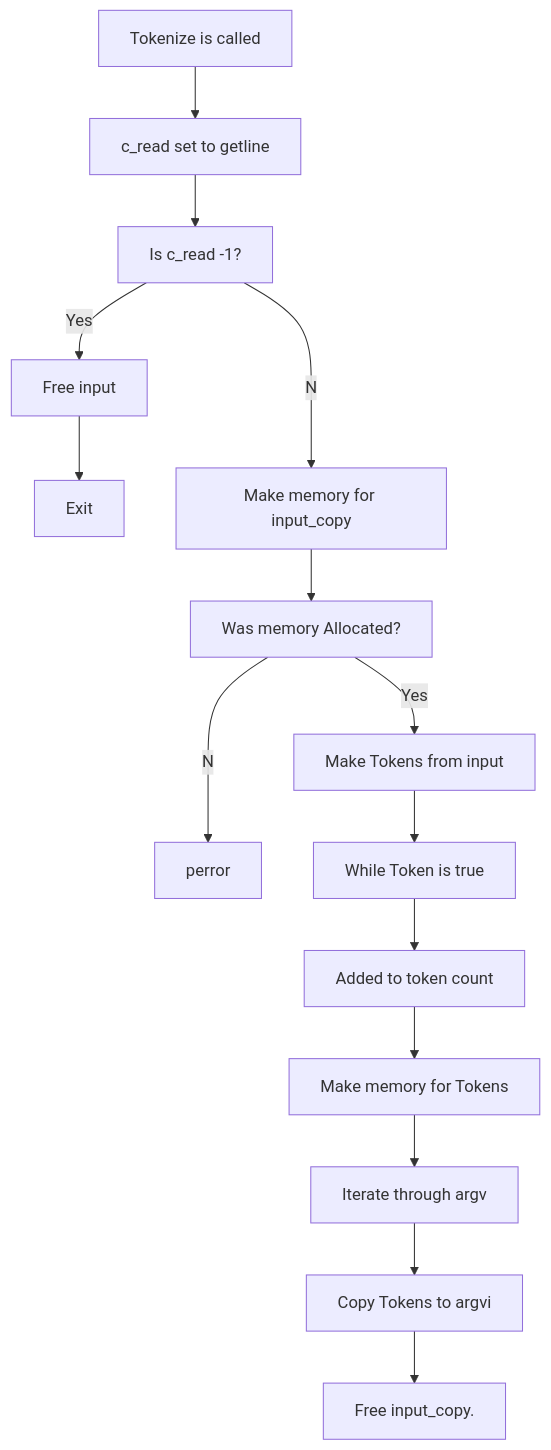
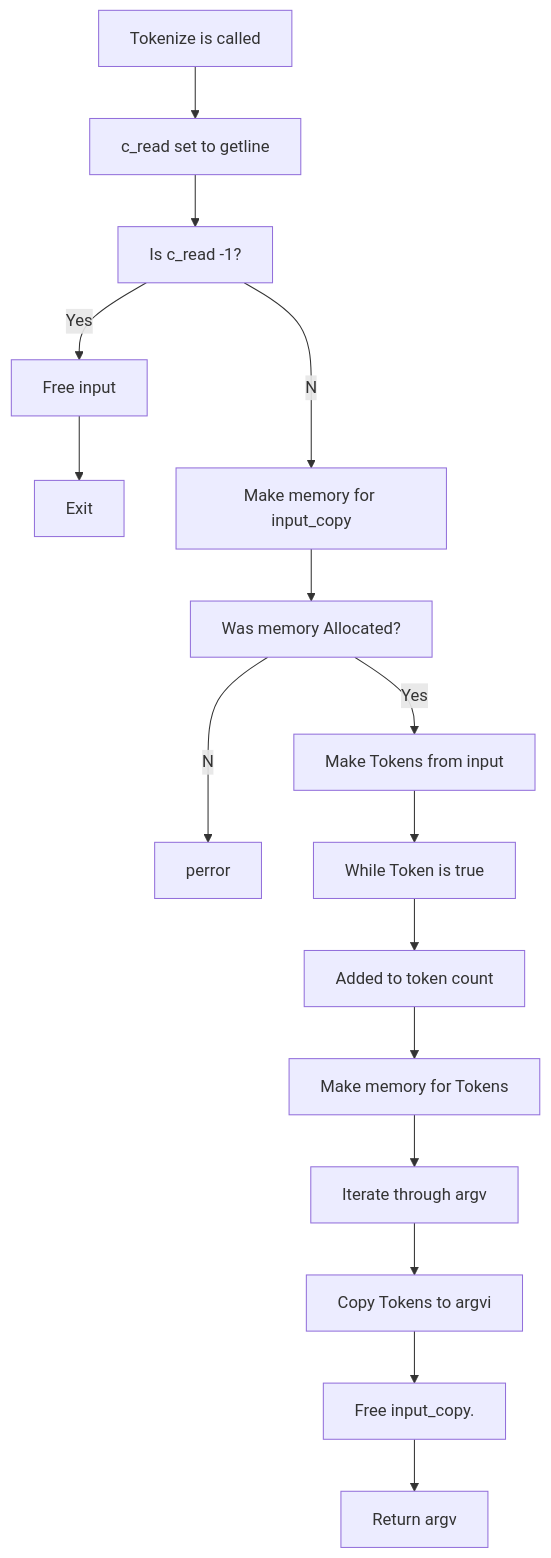
One commit to LeeWest89/MySuperRepo changed the diagram in README.md. Above: the diagram before and after it, drawn with Mermaid.

````diff
--- a/README.md
+++ b/README.md
@@ -3,17 +3,18 @@
 ```mermaid
 flowchart TB;
   A[Tokenize is called]-->B[c_read set to getline];
   B-->C[Is c_read -1?];
   C--Yes-->D[Free input];
   D-->E[Exit];
   C--No-->F[Make memory for input_copy];
   F-->G[Was memory Allocated?];
   G--No-->H[perror];
   G--Yes-->I[Make Tokens from input];
   I-->J[While Token is true];
   J-->K[Added to token count];
   K-->L[Make memory for Tokens];
   L-->M[Iterate through argv];
   M-->N[Copy Tokens to argvi];
   N-->O[Free input_copy.];
+  O-->P[Return argv];
 ```
````
